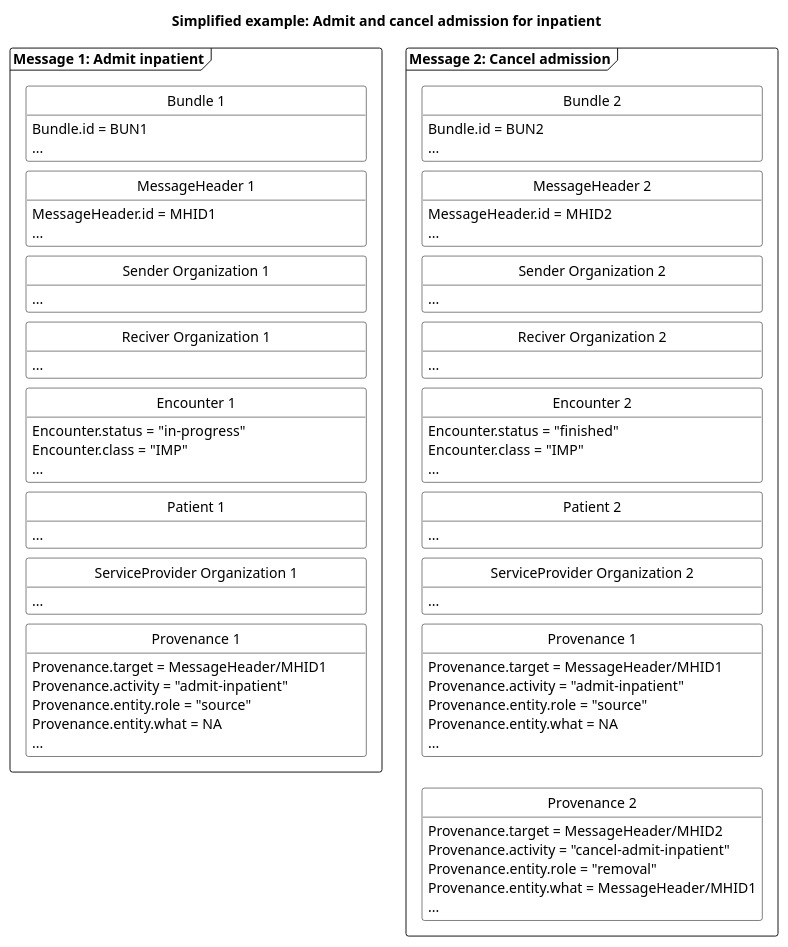
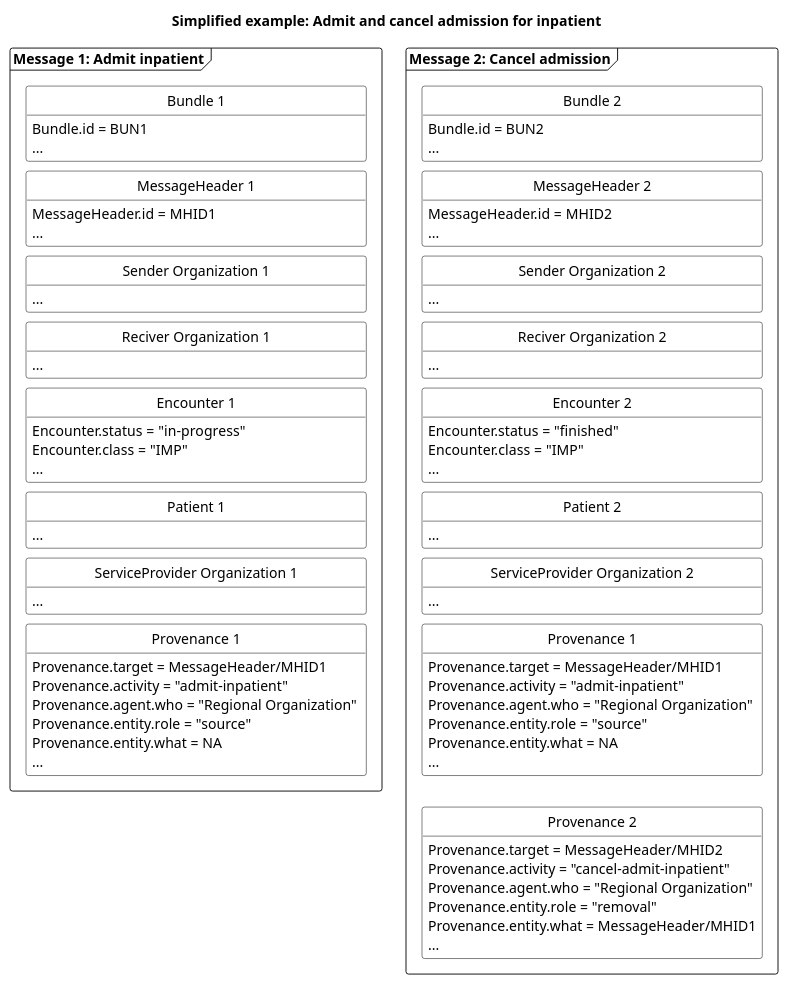
Before and after one commit to medcomdk/dk-medcom: the diagram in puml/HospitalNotificationAdmitEnteredInError.puml, drawn with PlantUML. The commit also changed 5 other files, not shown here.

```diff
--- a/puml/HospitalNotificationAdmitEnteredInError.puml
+++ b/puml/HospitalNotificationAdmitEnteredInError.puml
@@ -1,119 +1,122 @@
 @startuml HNAdmitEnteredInError
 
 'layout
 skinparam class {
     BackgroundColor White
     BorderColor Black
     ArrowColor Black
   }
 hide circle
 hide empty members
 skinparam SameClassWidth true
 skinparam Ranksep 10
 
 
 'title
 title Simplified example: Admit and cancel admission for inpatient
 
 'Message 1: Admit inpatient
 package "Message 1: Admit inpatient" as admit <<Frame>>{
     class "Bundle 1" as admitB {
         Bundle.id = BUN1
         ...
     }
     class "MessageHeader 1" as admitMH{
         MessageHeader.id = MHID1
         ...
     }
     class "Sender Organization 1" as admitSOrg{
         ...
     }
     class "Reciver Organization 1" as admitROrg{
         ...
     }
     class "Encounter 1" as admitENC{
         Encounter.status = "in-progress"
         Encounter.class = "IMP"
         ...
     }
     class "Patient 1" as admitPT{
         ...
     }
     class "ServiceProvider Organization 1" as admitSPOrg{
         ...
     }
     class "Provenance 1" as admitPRO{
         Provenance.target = MessageHeader/MHID1
         Provenance.activity = "admit-inpatient"
+        Provenance.agent.who = "Regional Organization"
         Provenance.entity.role = "source"
-        Provenance.entity.what = NA
+        Provenance.entity.what = NA 
         ...
     }
 
 admitB -[hidden]- admitMH
 admitMH -[hidden]- admitSOrg
 admitSOrg-[hidden]-admitROrg
 admitROrg-[hidden]-admitENC
 admitENC-[hidden]-admitPT
 admitPT-[hidden]-admitSPOrg
 admitSPOrg-[hidden]-admitPRO
 
 }
 
 'Message 2: Entered in Error inpatient
 package "Message 2: Cancel admission" as error <<Frame>> {
     class "Bundle 2" as errorB {
         Bundle.id = BUN2
         ...
     }
     class "MessageHeader 2" as errorMH{
         MessageHeader.id = MHID2
         ...
     }
     class "Sender Organization 2" as errorSOrg{
         ...
     }
     class "Reciver Organization 2" as errorROrg{
         ...
     }
     class "Encounter 2" as errorENC{
         Encounter.status = "finished"
         Encounter.class = "IMP"
         ...
     }
     class "Patient 2" as errorPT{
         ...
     }
     class "ServiceProvider Organization 2" as errorSPOrg{
         ...
     }
     class "Provenance 1" as admiterrorPRO{
         Provenance.target = MessageHeader/MHID1
-        Provenance.activity = "admit-inpatient"
+        Provenance.activity = "admit-inpatient"        
+        Provenance.agent.who = "Regional Organization"
         Provenance.entity.role = "source"
         Provenance.entity.what = NA
         ...
     }
     class "Provenance 2" as errorPRO{
         Provenance.target = MessageHeader/MHID2
         Provenance.activity = "cancel-admit-inpatient"
+        Provenance.agent.who = "Regional Organization"
         Provenance.entity.role = "removal"
         Provenance.entity.what = MessageHeader/MHID1
         ...
     }
 errorB-[hidden]-errorMH
 errorMH-[hidden]-errorSOrg
 errorSOrg-[hidden]-errorROrg
 errorROrg-[hidden]-errorENC
 errorENC-[hidden]-errorPT
 errorPT-[hidden]-errorSPOrg
 errorSPOrg-[hidden]-admiterrorPRO
 admiterrorPRO-[hidden]-errorPRO
 
 }
 
 ' pile mellem de to beskeder
 ' admit --> error
 
 
 @enduml
```
